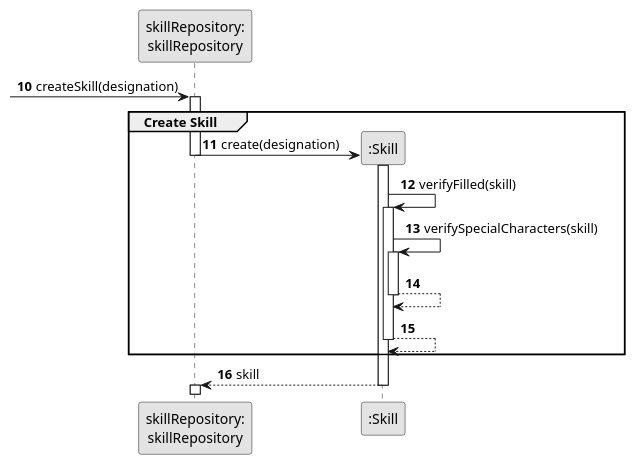
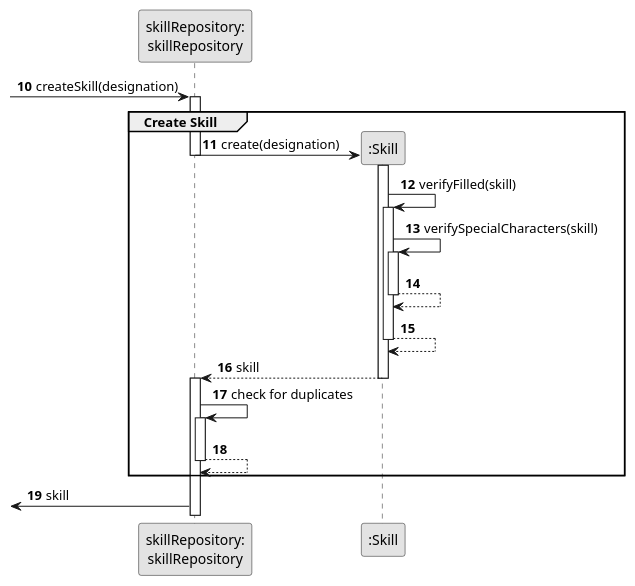
One commit to ricardomm7/leaflink changed the diagram in docs/sprintB/us001/03.design/puml/us001-sequence-diagram-partial-create-skill.puml. Above: the diagram before and after it, drawn with PlantUML. The commit also changed 5 other files, not shown here.

```diff
--- a/docs/sprintB/us001/03.design/puml/us001-sequence-diagram-partial-create-skill.puml
+++ b/docs/sprintB/us001/03.design/puml/us001-sequence-diagram-partial-create-skill.puml
@@ -1,32 +1,39 @@
 @startuml
 skinparam monochrome true
 skinparam packageStyle rectangle
 skinparam shadowing false
 
 autonumber 10
 
 participant "skillRepository:\nskillRepository" as skillRepository
 participant ":Skill" as Skill
 
 -> skillRepository : createSkill(designation)
 activate skillRepository
 group Create Skill
     skillRepository-> Skill** : create(designation)
     deactivate skillRepository
         activate Skill
 
     Skill -> Skill : verifyFilled(skill)
         activate Skill
         Skill -> Skill : verifySpecialCharacters(skill)
         activate Skill
         Skill --> Skill
     deactivate Skill
     Skill --> Skill
     deactivate Skill
-end
+
     Skill --> skillRepository : skill
     deactivate Skill
     activate skillRepository
 
+    skillRepository -> skillRepository : check for duplicates
+        activate skillRepository
+        skillRepository -->skillRepository
+        deactivate skillRepository
+
+end
+ <- skillRepository: skill
 
 @enduml
```
